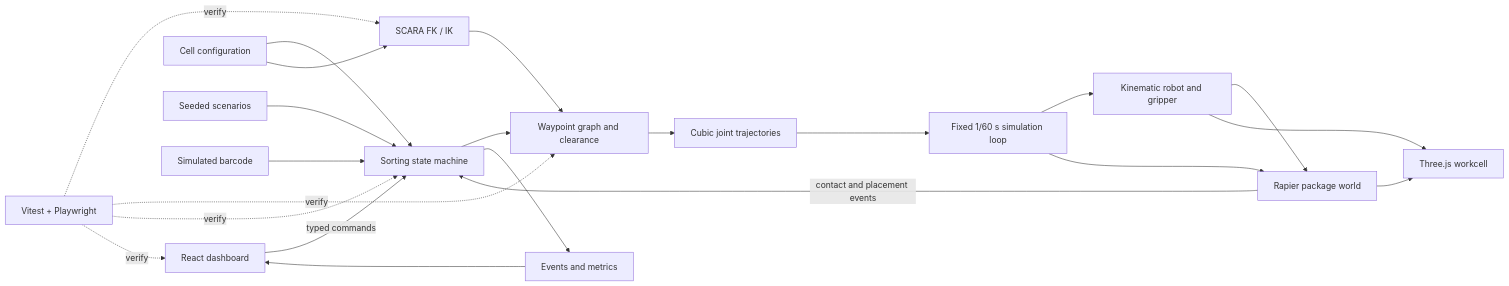
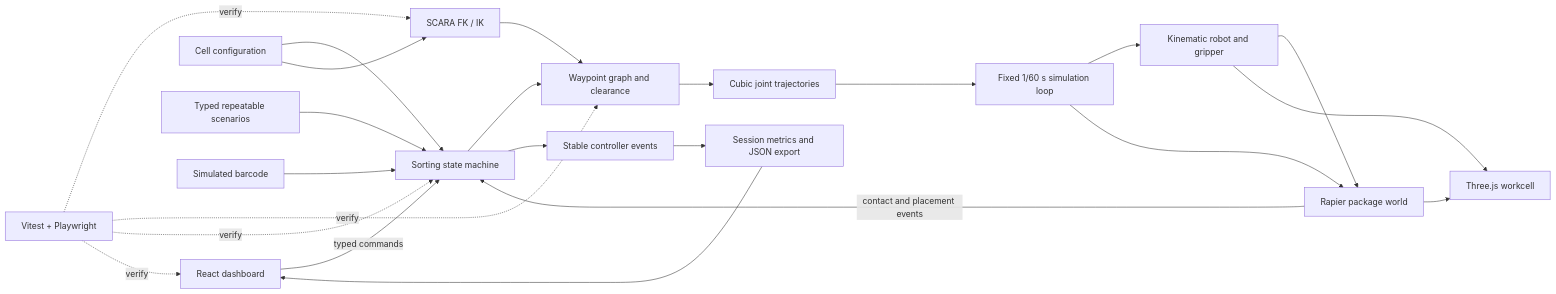
One commit to 7ochan/sortlab changed the diagram in docs/ARCHITECTURE.md. Above: the diagram before and after it, drawn with Mermaid. The commit also changed other lines of this file and 11 other files, not shown here.

````diff
--- a/docs/ARCHITECTURE.md
+++ b/docs/ARCHITECTURE.md
@@ -36,24 +36,25 @@
 ```mermaid
 flowchart LR
   UI[React dashboard] -->|typed commands| CTRL[Sorting state machine]
   CFG[Cell configuration] --> CTRL
   CFG --> KIN[SCARA FK / IK]
-  SCEN[Seeded scenarios] --> CTRL
+  SCEN[Typed repeatable scenarios] --> CTRL
   ID[Simulated barcode] --> CTRL
   CTRL --> PLAN[Waypoint graph and clearance]
   KIN --> PLAN
   PLAN --> TRAJ[Cubic joint trajectories]
   TRAJ --> LOOP[Fixed 1/60 s simulation loop]
   LOOP --> ARM[Kinematic robot and gripper]
   LOOP --> PHYS[Rapier package world]
   ARM --> PHYS
   PHYS -->|contact and placement events| CTRL
   ARM --> VIEW[Three.js workcell]
   PHYS --> VIEW
-  CTRL --> EVT[Events and metrics]
-  EVT --> UI
+  CTRL --> EVT[Stable controller events]
+  EVT --> MET[Session metrics and JSON export]
+  MET --> UI
   TESTS[Vitest + Playwright] -.verify.-> KIN
   TESTS -.verify.-> PLAN
   TESTS -.verify.-> CTRL
   TESTS -.verify.-> UI
 ```
````
